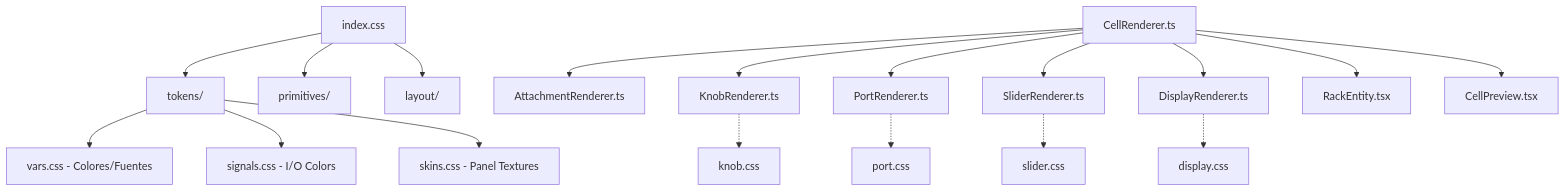
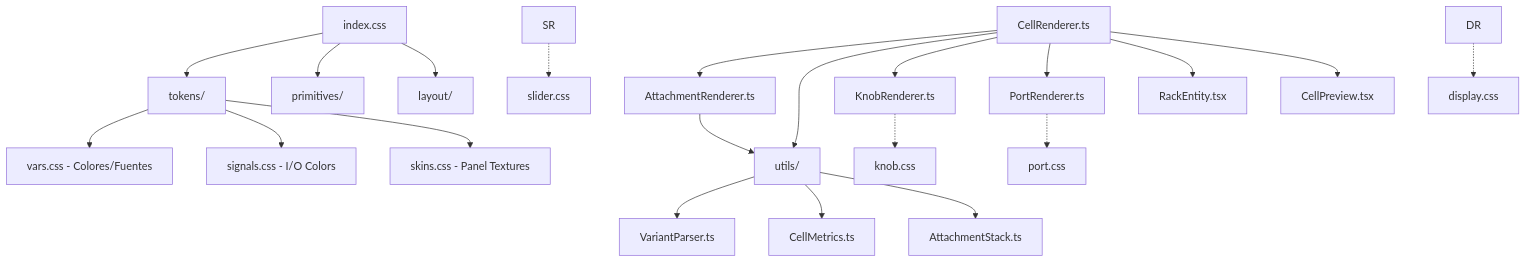
The diagram in src/omega-ui-core/map.md (ajabadia/ABDSynthWeb), drawn with Mermaid before and after one commit. The commit also changed other lines of this file and 143 other files, not shown here.

````diff
--- a/src/omega-ui-core/map.md
+++ b/src/omega-ui-core/map.md
@@ -9,29 +9,34 @@
 ```mermaid
 graph TD
     %% Entry Point
     INDEX[index.css] --> TOKENS[tokens/]
     INDEX --> PRIMS[primitives/]
     INDEX --> LAYOUT[layout/]
     
     %% Design Tokens
     TOKENS --> VARS[vars.css - Colores/Fuentes]
     TOKENS --> SIGS[signals.css - I/O Colors]
     TOKENS --> SKINS[skins.css - Panel Textures]
     
     %% Rendering Engine (Aseptic)
     CR[CellRenderer.ts] --> AR[AttachmentRenderer.ts]
+    CR --> UTILS[utils/]
+    AR --> UTILS
     CR --> KR[KnobRenderer.ts]
     CR --> PR[PortRenderer.ts]
-    CR --> SR[SliderRenderer.ts]
-    CR --> DR[DisplayRenderer.ts]
+    
+    %% Utilities Layer
+    UTILS --> VP[VariantParser.ts]
+    UTILS --> CM[CellMetrics.ts]
+    UTILS --> AS[AttachmentStack.ts]
     
     %% Styles Integration
     KR -.-> PK[knob.css]
     PR -.-> PP[port.css]
     SR -.-> PS[slider.css]
     DR -.-> PD[display.css]
     
     %% Consumer Layer
     CR --> RE[RackEntity.tsx]
     CR --> CP[CellPreview.tsx]
 ```
````
